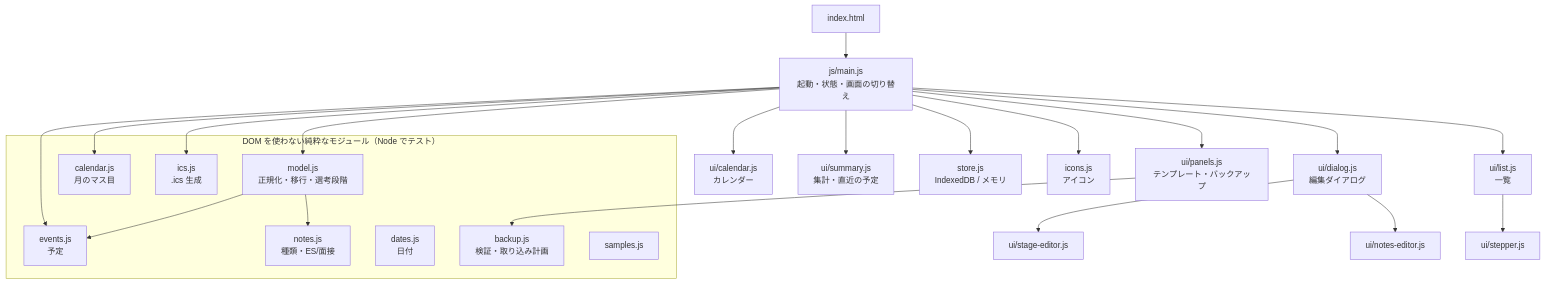
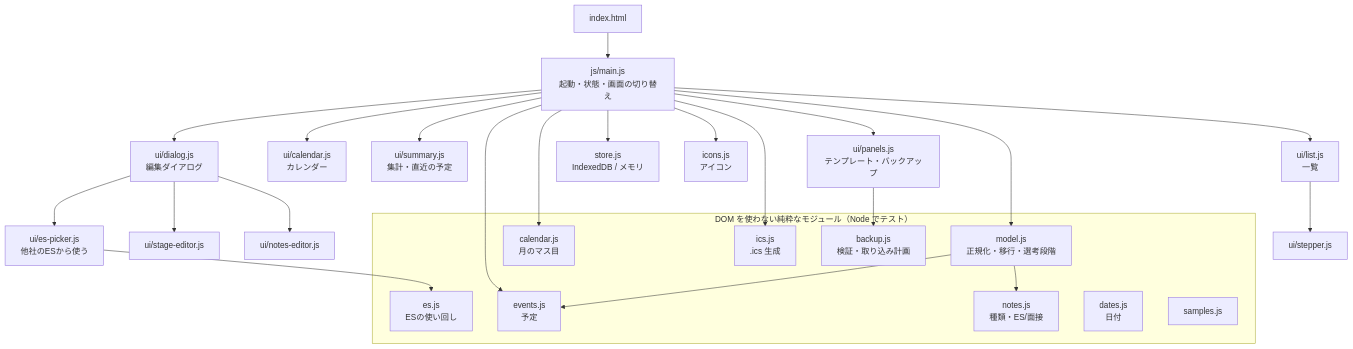
Before and after one commit to SaitoS-JP/Job-hunting-management: the diagram in docs/DESIGN.md, drawn with Mermaid. The commit also changed other lines of this file and 2 other files, not shown here.

````diff
--- a/docs/DESIGN.md
+++ b/docs/DESIGN.md
@@ -15,28 +15,31 @@
 ```mermaid
 flowchart TD
   HTML[index.html] --> main[js/main.js<br>起動・状態・画面の切り替え]
   main --> ui_list[ui/list.js<br>一覧]
   main --> ui_cal[ui/calendar.js<br>カレンダー]
   main --> ui_sum[ui/summary.js<br>集計・直近の予定]
   main --> ui_dlg[ui/dialog.js<br>編集ダイアログ]
   main --> ui_pan[ui/panels.js<br>テンプレート・バックアップ]
   ui_dlg --> ui_sed[ui/stage-editor.js]
   ui_dlg --> ui_notes[ui/notes-editor.js]
+  ui_dlg --> ui_pick[ui/es-picker.js<br>他社のESから使う]
+  ui_pick --> es
   ui_list --> ui_step[ui/stepper.js]
   main --> store[store.js<br>IndexedDB / メモリ]
   main --> icons[icons.js<br>アイコン]
 
   subgraph pure[DOM を使わない純粋なモジュール（Node でテスト）]
     model[model.js<br>正規化・移行・選考段階]
     events[events.js<br>予定]
     notes[notes.js<br>種類・ES/面接]
     dates[dates.js<br>日付]
     calendar[calendar.js<br>月のマス目]
     ics[ics.js<br>.ics 生成]
     backup[backup.js<br>検証・取り込み計画]
     samples[samples.js]
+    es[es.js<br>ESの使い回し]
   end
   main --> model & events & calendar & ics
   ui_pan --> backup
   model --> events & notes
 ```
````
